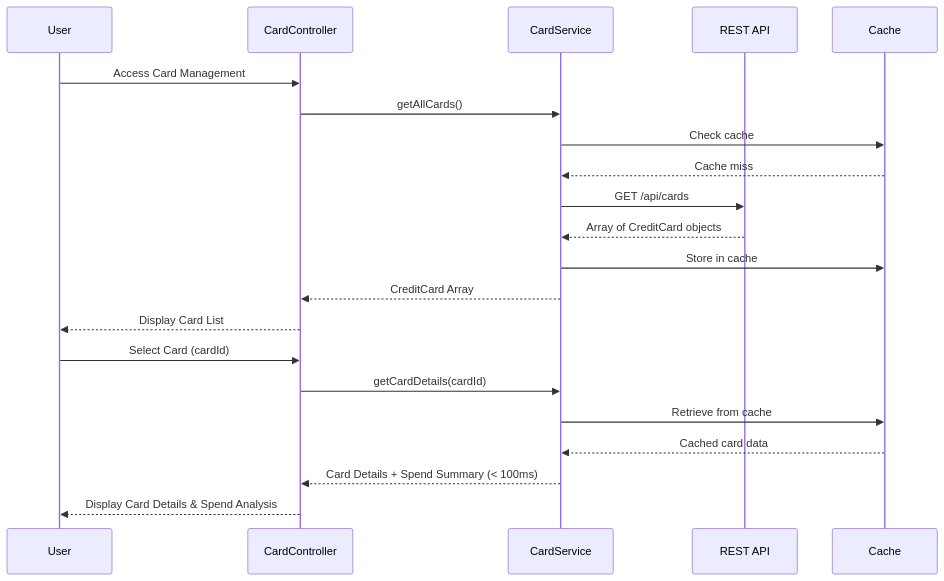
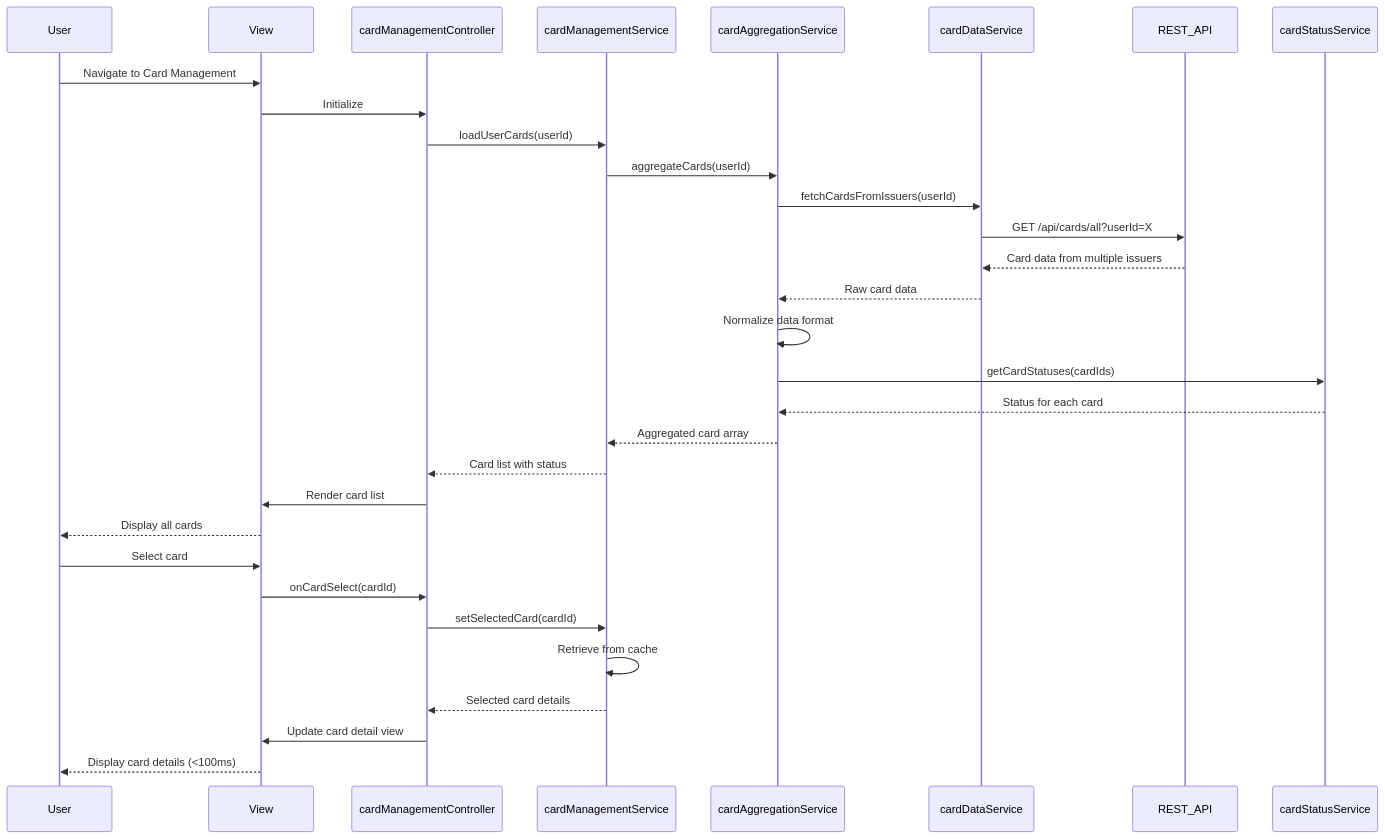
The diagram in LLD/QE-7743_LLD.md (AAVA-Demo/APB_Demo), drawn with Mermaid before and after one commit. The commit also changed other lines of this file and 5 other files, not shown here.

````diff
--- a/LLD/QE-7743_LLD.md
+++ b/LLD/QE-7743_LLD.md
@@ -68,24 +82,34 @@
 ```mermaid
 sequenceDiagram
     participant User
-    participant CardController
-    participant CardService
-    participant API as REST API
-    participant Cache
-
-    User->>CardController: Access Card Management
-    CardController->>CardService: getAllCards()
-    CardService->>Cache: Check cache
-    Cache-->>CardService: Cache miss
-    CardService->>API: GET /api/cards
-    API-->>CardService: Array of CreditCard objects
-    CardService->>Cache: Store in cache
-    CardService-->>CardController: CreditCard Array
-    CardController-->>User: Display Card List
-    User->>CardController: Select Card (cardId)
-    CardController->>CardService: getCardDetails(cardId)
-    CardService->>Cache: Retrieve from cache
-    Cache-->>CardService: Cached card data
-    CardService-->>CardController: Card Details + Spend Summary (< 100ms)
-    CardController-->>User: Display Card Details & Spend Analysis
+    participant View
+    participant cardManagementController
+    participant cardManagementService
+    participant cardAggregationService
+    participant cardDataService
+    participant REST_API
+    participant cardStatusService
+    
+    User->>View: Navigate to Card Management
+    View->>cardManagementController: Initialize
+    cardManagementController->>cardManagementService: loadUserCards(userId)
+    cardManagementService->>cardAggregationService: aggregateCards(userId)
+    cardAggregationService->>cardDataService: fetchCardsFromIssuers(userId)
+    cardDataService->>REST_API: GET /api/cards/all?userId=X
+    REST_API-->>cardDataService: Card data from multiple issuers
+    cardDataService-->>cardAggregationService: Raw card data
+    cardAggregationService->>cardAggregationService: Normalize data format
+    cardAggregationService->>cardStatusService: getCardStatuses(cardIds)
+    cardStatusService-->>cardAggregationService: Status for each card
+    cardAggregationService-->>cardManagementService: Aggregated card array
+    cardManagementService-->>cardManagementController: Card list with status
+    cardManagementController->>View: Render card list
+    View-->>User: Display all cards
+    User->>View: Select card
+    View->>cardManagementController: onCardSelect(cardId)
+    cardManagementController->>cardManagementService: setSelectedCard(cardId)
+    cardManagementService->>cardManagementService: Retrieve from cache
+    cardManagementService-->>cardManagementController: Selected card details
+    cardManagementController->>View: Update card detail view
+    View-->>User: Display card details (<100ms)
 ```
````
